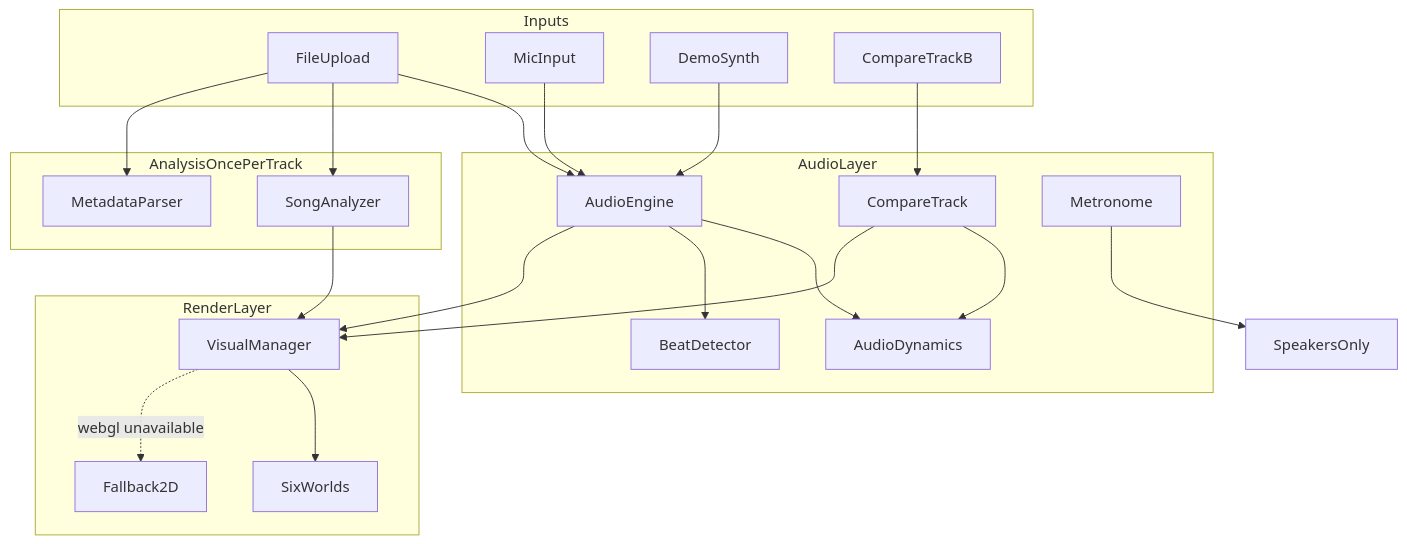
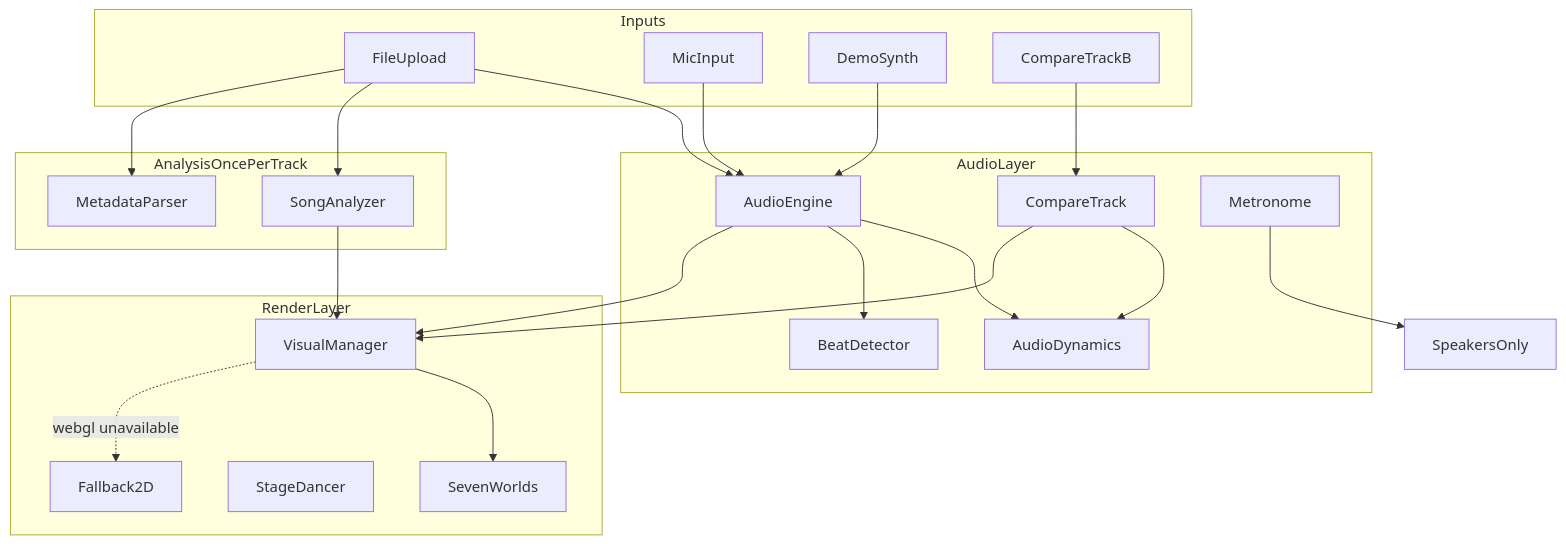
One commit to dtchakerian-lab/vartan changed the diagram in docs/PROJECT.md. Above: the diagram before and after it, drawn with Mermaid. The commit also changed other lines of this file and 10 other files, not shown here.

First line of the commit message:
Add Stage dancer as default wow mode.

````diff
--- a/docs/PROJECT.md
+++ b/docs/PROJECT.md
@@ -46,44 +46,45 @@
 ```mermaid
 flowchart TB
   subgraph inputs [Inputs]
     FileUpload[FileUpload]
     MicInput[MicInput]
     DemoSynth[DemoSynth]
     TrackB[CompareTrackB]
   end
 
   subgraph audio [AudioLayer]
     AudioEngine[AudioEngine]
     CompareTrack[CompareTrack]
     BeatDetector[BeatDetector]
     AudioDynamics[AudioDynamics]
     Metronome[Metronome]
   end
 
   subgraph analysis [AnalysisOncePerTrack]
     SongAnalyzer[SongAnalyzer]
     MetadataParser[MetadataParser]
   end
 
   subgraph render [RenderLayer]
     VisualManager[VisualManager]
-    Worlds[SixWorlds]
+    Worlds[SevenWorlds]
+    Stage[StageDancer]
     Fallback2D[Fallback2D]
   end
 
   FileUpload --> AudioEngine
   MicInput --> AudioEngine
   DemoSynth --> AudioEngine
   TrackB --> CompareTrack
   FileUpload --> SongAnalyzer
   FileUpload --> MetadataParser
   AudioEngine --> AudioDynamics
   AudioEngine --> BeatDetector
   CompareTrack --> AudioDynamics
   AudioEngine --> VisualManager
   CompareTrack --> VisualManager
   SongAnalyzer --> VisualManager
   Metronome --> Speakers[SpeakersOnly]
   VisualManager --> Worlds
   VisualManager -.webgl unavailable.-> Fallback2D
 ```
````
